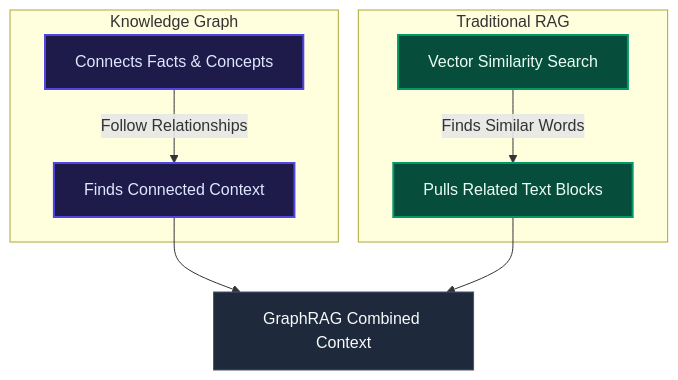
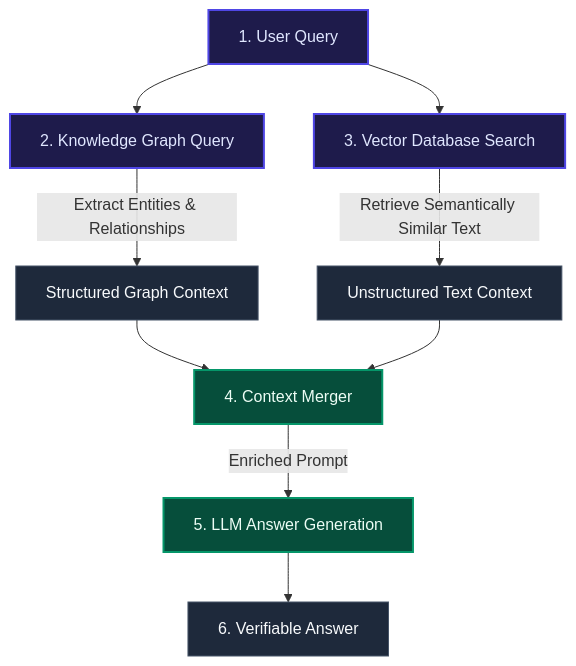
Before and after one commit to niteshkumarvarma30/AI-Engineering-Docs: the second of 2 diagrams in GraphRAG/Knowledge Graph vs RAG - Know the Differences.md, drawn with Mermaid. The commit also changed other lines of this file, not shown here.

Commit message:
Update Knowledge Graph vs RAG documentation with simplified RAG vs KG performance comparison

````diff
--- a/GraphRAG/Knowledge Graph vs RAG - Know the Differences.md
+++ b/GraphRAG/Knowledge Graph vs RAG - Know the Differences.md
@@ -13,19 +137,19 @@
 ```mermaid
-graph TD
-    subgraph "Knowledge Graph"
-        KG[Connects Facts & Concepts] -->|Follow Relationships| Paths[Finds Connected Context]
-    end
-
-    subgraph "Traditional RAG"
-        Vector[Vector Similarity Search] -->|Finds Similar Words| Chunks[Pulls Related Text Blocks]
-    end
-
-    Paths & Chunks --> Fusion[GraphRAG Combined Context]
+flowchart TD
+    Query[1. User Query] --> QueryKG[2. Knowledge Graph Query]
+    Query --> QueryVector[3. Vector Database Search]
+    
+    QueryKG -->|Extract Entities & Relationships| ContextKG[Structured Graph Context]
+    QueryVector -->|Retrieve Semantically Similar Text| ContextVector[Unstructured Text Context]
+    
+    ContextKG & ContextVector --> Merge[4. Context Merger]
+    Merge -->|Enriched Prompt| LLM[5. LLM Answer Generation]
+    LLM --> Response[6. Verifiable Answer]
 
     classDef default fill:#1e293b,stroke:#475569,stroke-width:1px,color:#f8fafc;
-    classDef kg fill:#1e1b4b,stroke:#4f46e5,stroke-width:2px,color:#e0e7ff;
-    classDef rag fill:#064e3b,stroke:#059669,stroke-width:2px,color:#ecfdf5;
+    classDef step fill:#1e1b4b,stroke:#4f46e5,stroke-width:2px,color:#e0e7ff;
+    classDef merge fill:#064e3b,stroke:#059669,stroke-width:2px,color:#ecfdf5;
     
-    class KG,Paths kg;
-    class Vector,Chunks rag;
+    class Query,QueryKG,QueryVector step;
+    class Merge,LLM merge;
 ```
````
